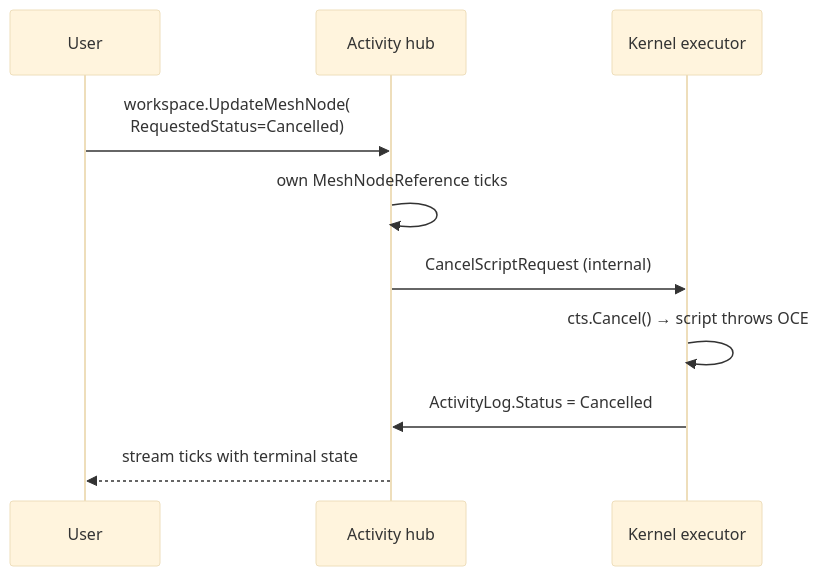
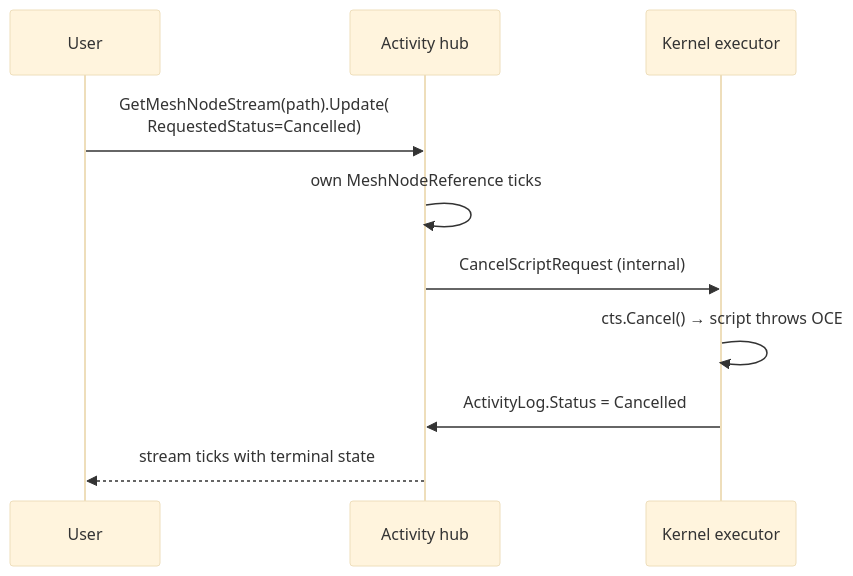
One commit to Systemorph/MeshWeaver changed the first of 2 diagrams in src/MeshWeaver.Documentation/Data/Architecture/ActivityControlPlane.md. Above: the diagram before and after it, drawn with Mermaid (base theme). The commit also changed other lines of this file and 122 other files, not shown here.

````diff
--- a/src/MeshWeaver.Documentation/Data/Architecture/ActivityControlPlane.md
+++ b/src/MeshWeaver.Documentation/Data/Architecture/ActivityControlPlane.md
@@ -92,13 +92,13 @@
 ```mermaid
 sequenceDiagram
     participant User
     participant Activity as Activity hub
     participant Executor as Kernel executor
 
-    User->>Activity: workspace.UpdateMeshNode(<br/>RequestedStatus=Cancelled)
+    User->>Activity: GetMeshNodeStream(path).Update(<br/>RequestedStatus=Cancelled)
     Activity->>Activity: own MeshNodeReference ticks
     Activity->>Executor: CancelScriptRequest (internal)
     Executor->>Executor: cts.Cancel() → script throws OCE
     Executor->>Activity: ActivityLog.Status = Cancelled
     Activity-->>User: stream ticks with terminal state
 ```
````
